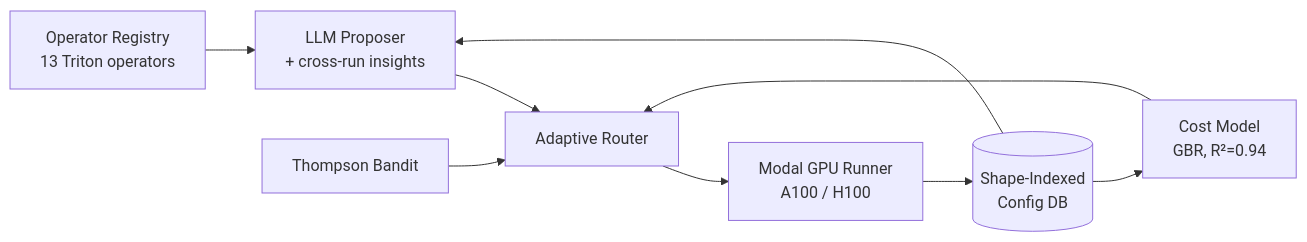
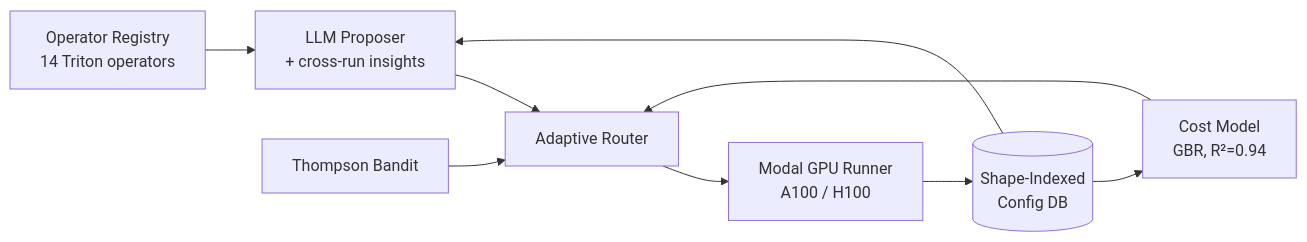
The first of 2 diagrams in README.md (PwnKit-Labs/noeris), drawn with Mermaid before and after one commit. The commit also changed other lines of this file and 1 other file, not shown here.

````diff
--- a/README.md
+++ b/README.md
@@ -21,11 +21,11 @@
 ```mermaid
 flowchart LR
-    OP[Operator Registry<br/>13 Triton operators] --> PROP[LLM Proposer<br/>+ cross-run insights]
+    OP[Operator Registry<br/>14 Triton operators] --> PROP[LLM Proposer<br/>+ cross-run insights]
     DB[(Shape-Indexed<br/>Config DB)] --> PROP
     DB --> CM[Cost Model<br/>GBR, R²=0.94]
     PROP --> SEL
     CM --> SEL[Adaptive Router]
     BAN[Thompson Bandit] --> SEL
     SEL --> MOD[Modal GPU Runner<br/>A100 / H100]
     MOD --> DB
 ```
````
